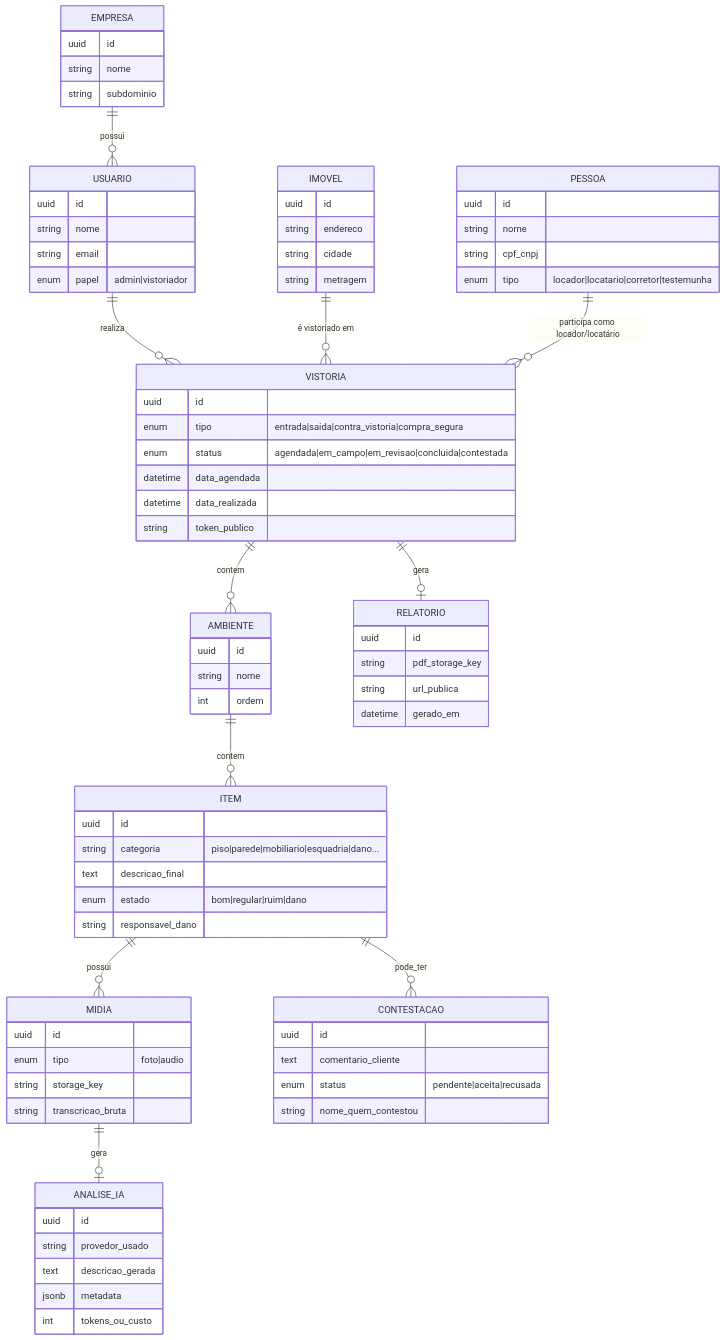
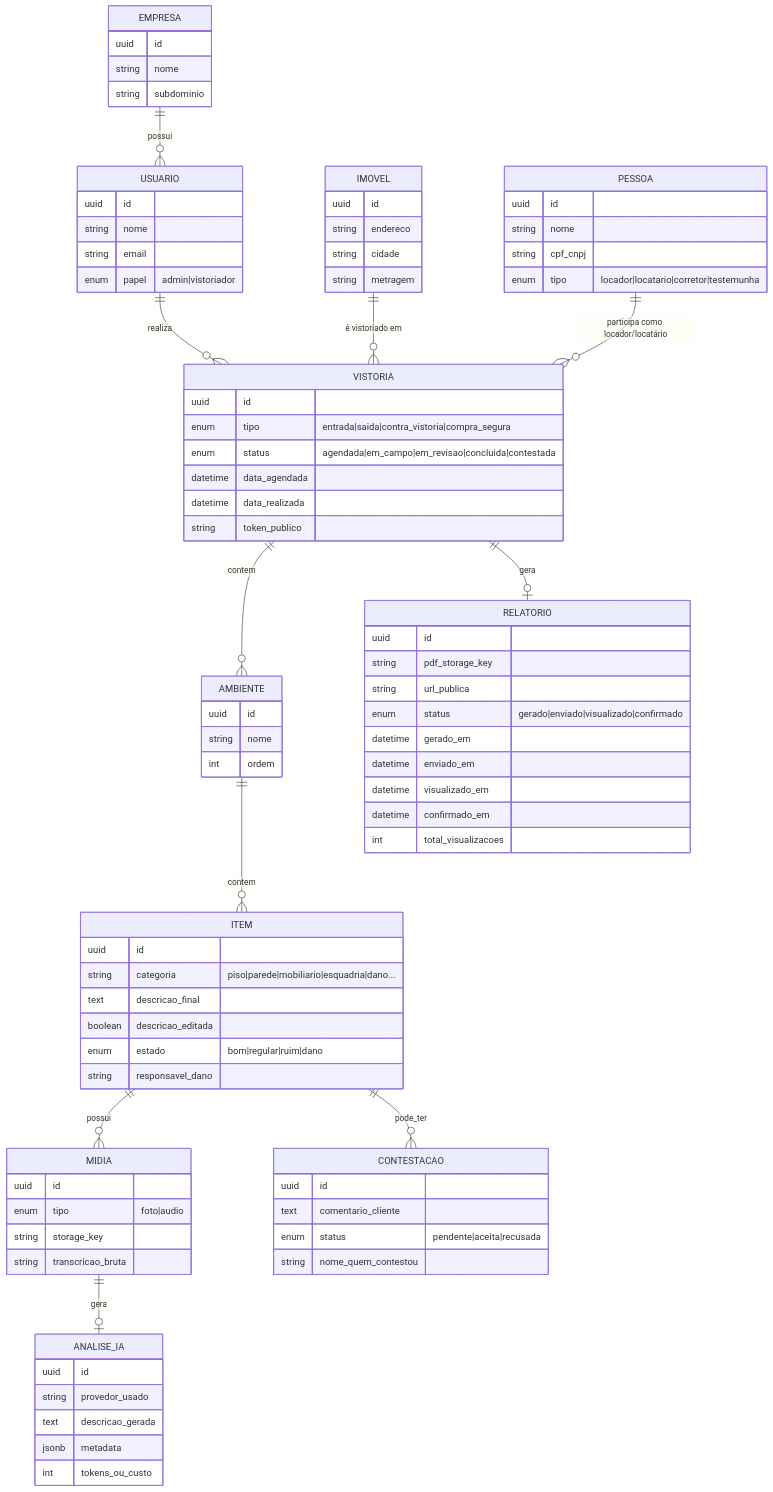
The second of 3 diagrams in SYSTEM_DESIGN.md (Henzen3d/Facilita-Vistorias), drawn with Mermaid before and after one commit. The commit also changed other lines of this file and 8 other files, not shown here.

Commit message:
Update SYSTEM_DESIGN.md and schema.prisma with Relatorio model and tracking

```diff
--- a/SYSTEM_DESIGN.md
+++ b/SYSTEM_DESIGN.md
@@ -71,7 +71,7 @@
     MIDIA ||--o| ANALISE_IA : gera
     VISTORIA ||--o| RELATORIO : gera
     ITEM ||--o{ CONTESTACAO : pode_ter
-
+ 
     EMPRESA {
       uuid id
       string nome
@@ -112,6 +112,7 @@
       uuid id
       string categoria "piso|parede|mobiliario|esquadria|dano..."
       text descricao_final
+      boolean descricao_editada
       enum estado "bom|regular|ruim|dano"
       string responsavel_dano
     }
@@ -132,7 +133,12 @@
       uuid id
       string pdf_storage_key
       string url_publica
+      enum status "gerado|enviado|visualizado|confirmado"
       datetime gerado_em
+      datetime enviado_em
+      datetime visualizado_em
+      datetime confirmado_em
+      int total_visualizacoes
     }
     CONTESTACAO {
       uuid id
```
